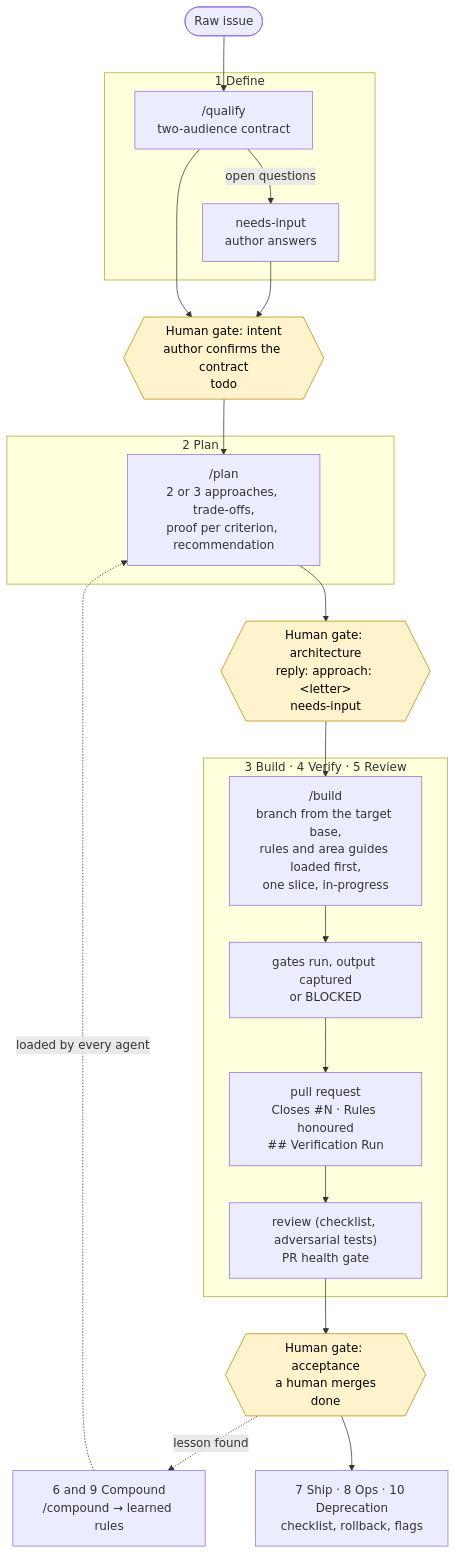
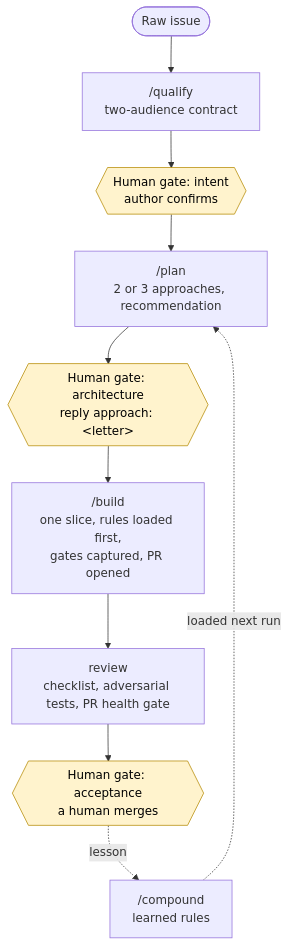
One commit to mickaelandrieu/aifier changed the diagram in README.md. Above: the diagram before and after it, drawn with Mermaid. The commit also changed other lines of this file, not shown here.

````diff
--- a/README.md
+++ b/README.md
@@ -154,33 +54,14 @@
 ```mermaid
 flowchart TD
-    I([Raw issue]) --> Q
-
-    subgraph D["1 Define"]
-        Q["/qualify<br/>two-audience contract"]
-        Q -->|open questions| NI1["needs-input<br/>author answers"]
-    end
-    NI1 --> G1
-    Q --> G1{{"Human gate: intent<br/>author confirms the contract<br/>todo"}}
-
-    G1 --> PL
-    subgraph P["2 Plan"]
-        PL["/plan<br/>2 or 3 approaches, trade-offs,<br/>proof per criterion, recommendation"]
-    end
-    PL --> G2{{"Human gate: architecture<br/>reply: approach: &lt;letter&gt;<br/>needs-input"}}
-
-    G2 --> B
-    subgraph C["3 Build · 4 Verify · 5 Review"]
-        B["/build<br/>branch from the target base,<br/>rules and area guides loaded first,<br/>one slice, in-progress"]
-        B --> V["gates run, output captured<br/>or BLOCKED"]
-        V --> PR["pull request<br/>Closes #N · Rules honoured<br/>## Verification Run"]
-        PR --> R["review (checklist, adversarial tests)<br/>PR health gate"]
-    end
-    R --> G3{{"Human gate: acceptance<br/>a human merges<br/>done"}}
-
-    G3 -.->|lesson found| K["6 and 9 Compound<br/>/compound → learned rules"]
-    K -.->|loaded by every agent| PL
-    G3 --> S["7 Ship · 8 Ops · 10 Deprecation<br/>checklist, rollback, flags"]
-
+    I([Raw issue]) --> Q["/qualify<br/>two-audience contract"]
+    Q --> G1{{"Human gate: intent<br/>author confirms"}}
+    G1 --> PL["/plan<br/>2 or 3 approaches, recommendation"]
+    PL --> G2{{"Human gate: architecture<br/>reply approach: &lt;letter&gt;"}}
+    G2 --> B["/build<br/>one slice, rules loaded first,<br/>gates captured, PR opened"]
+    B --> R["review<br/>checklist, adversarial tests, PR health gate"]
+    R --> G3{{"Human gate: acceptance<br/>a human merges"}}
+    G3 -.->|lesson| K["/compound<br/>learned rules"]
+    K -.->|loaded next run| PL
     classDef gate fill:#fff3cd,stroke:#b58900,color:#000
     class G1,G2,G3 gate
 ```
````
